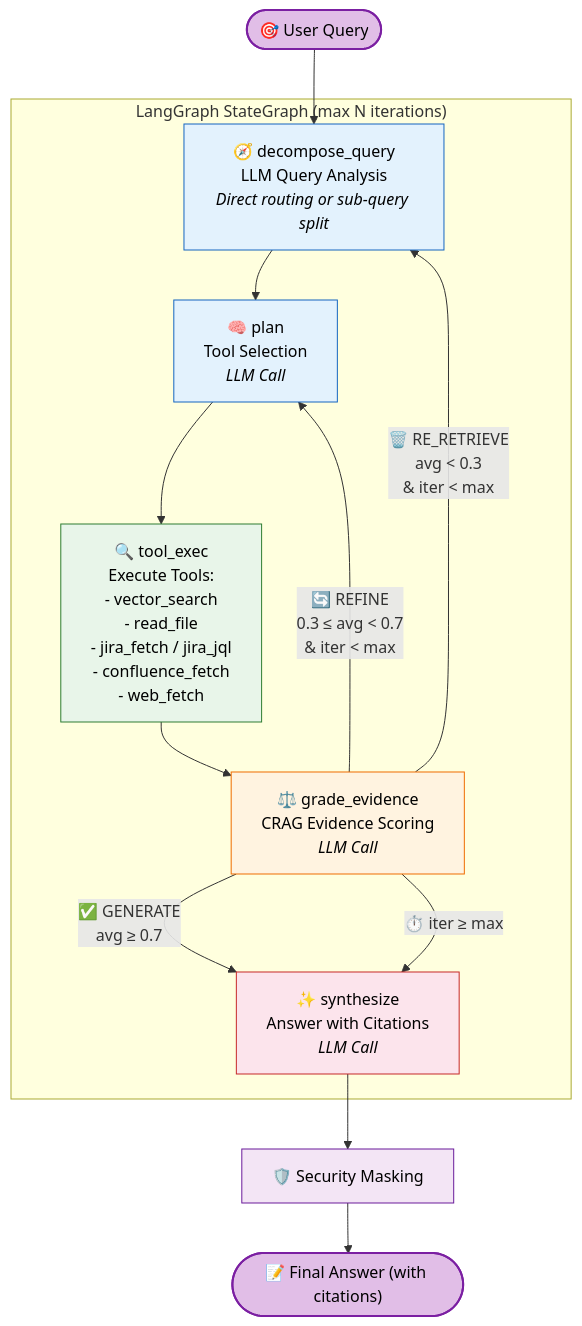
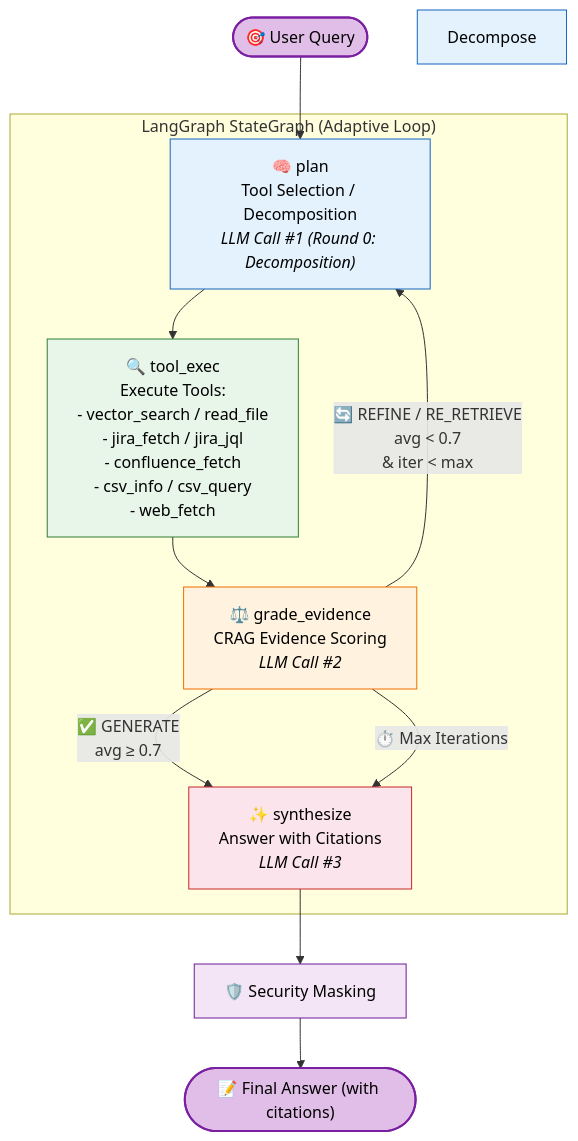
Before and after one commit to coin1860/kb-agent: the diagram in README.md, drawn with Mermaid. The commit also changed other lines of this file and 34 other files, not shown here.

First line of the commit message:
feat: implement CSV query tool, improve Confluence sync, and enhance TUI features

````diff
--- a/README.md
+++ b/README.md
@@ -82,32 +84,29 @@
 ```mermaid
 graph TD
-    Start(["🎯 User Query"]) --> Decompose
+    Start(["🎯 User Query"]) --> Plan
 
-    subgraph "LangGraph StateGraph (max N iterations)"
-        Decompose["🧭 decompose_query<br/>LLM Query Analysis<br/><i>Direct routing or sub-query split</i>"]
-        Plan["🧠 plan<br/>Tool Selection<br/><i>LLM Call</i>"]
-        ToolExec["🔍 tool_exec<br/>Execute Tools:<br/>- vector_search<br/>- read_file<br/>- jira_fetch / jira_jql<br/>- confluence_fetch<br/>- web_fetch"]
-        Grade["⚖️ grade_evidence<br/>CRAG Evidence Scoring<br/><i>LLM Call</i>"]
-        Synth["✨ synthesize<br/>Answer with Citations<br/><i>LLM Call</i>"]
+    subgraph "LangGraph StateGraph (Adaptive Loop)"
+        Plan["🧠 plan<br/>Tool Selection / Decomposition<br/><i>LLM Call #1 (Round 0: Decomposition)</i>"]
+        ToolExec["🔍 tool_exec<br/>Execute Tools:<br/>- vector_search / read_file<br/>- jira_fetch / jira_jql<br/>- confluence_fetch<br/>- csv_info / csv_query<br/>- web_fetch"]
+        Grade["⚖️ grade_evidence<br/>CRAG Evidence Scoring<br/><i>LLM Call #2</i>"]
+        Synth["✨ synthesize<br/>Answer with Citations<br/><i>LLM Call #3</i>"]
 
-        Decompose --> Plan
         Plan --> ToolExec
         ToolExec --> Grade
         Grade -->|"✅ GENERATE<br/>avg ≥ 0.7"| Synth
-        Grade -->|"🔄 REFINE<br/>0.3 ≤ avg < 0.7<br/>& iter < max"| Plan
-        Grade -->|"🗑️ RE_RETRIEVE<br/>avg < 0.3<br/>& iter < max"| Decompose
-        Grade -->|"⏱️ iter ≥ max"| Synth
+        Grade -->|"🔄 REFINE / RE_RETRIEVE<br/>avg < 0.7<br/>& iter < max"| Plan
+        Grade -->|"⏱️ Max Iterations"| Synth
     end
 
     Synth --> Mask["🛡️ Security Masking"]
     Mask --> End(["📝 Final Answer (with citations)"])
 
     style Start fill:#e1bee7,stroke:#7b1fa2,stroke-width:2px,color:#000
     style End fill:#e1bee7,stroke:#7b1fa2,stroke-width:2px,color:#000
     style Decompose fill:#e3f2fd,stroke:#1565c0,color:#000
     style Plan fill:#e3f2fd,stroke:#1565c0,color:#000
     style ToolExec fill:#e8f5e9,stroke:#2e7d32,color:#000
     style Grade fill:#fff3e0,stroke:#ef6c00,color:#000
     style Synth fill:#fce4ec,stroke:#c62828,color:#000
     style Mask fill:#f3e5f5,stroke:#6a1b9a,color:#000
 ```
````
